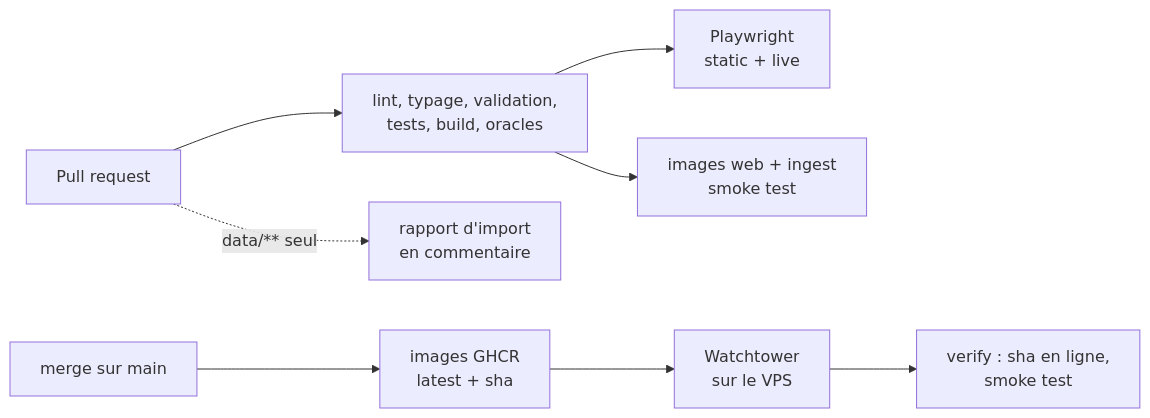
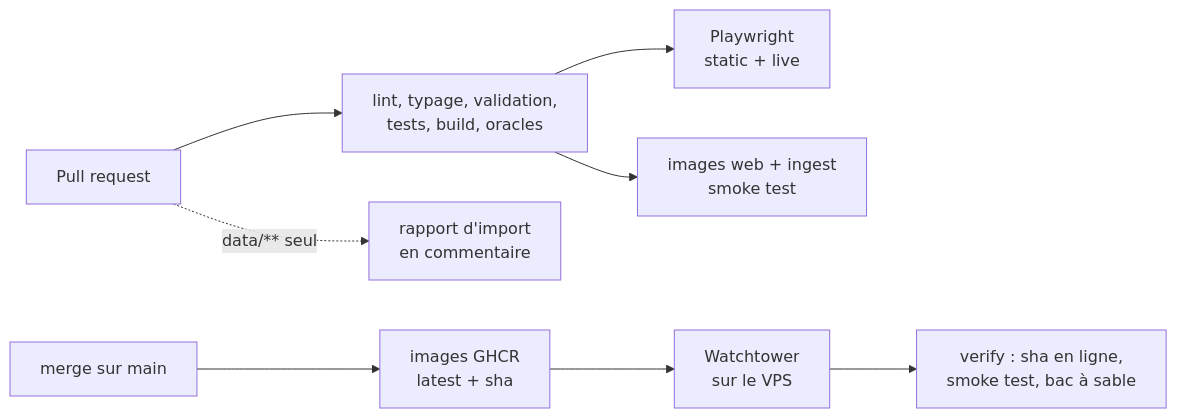
The second of 2 diagrams in README.md (eyjvw/mybestsim), drawn with Mermaid before and after one commit. The commit also changed other lines of this file and 12 other files, not shown here.

First line of the commit message:
docs: refresh README, roadmap and screenshots (#27)

````diff
--- a/README.md
+++ b/README.md
@@ -244,9 +259,9 @@
 ```mermaid
 flowchart LR
   pr["Pull request"] --> check["lint, typage, validation,<br/>tests, build, oracles"]
   check --> e2e["Playwright<br/>static + live"]
   check --> ctr["images web + ingest<br/>smoke test"]
   pr -. "data/** seul" .-> report["rapport d'import<br/>en commentaire"]
   main["merge sur main"] --> img["images GHCR<br/>latest + sha"]
-  img --> wt["Watchtower<br/>sur le VPS"] --> verify["verify : sha en ligne,<br/>smoke test"]
+  img --> wt["Watchtower<br/>sur le VPS"] --> verify["verify : sha en ligne,<br/>smoke test, bac à sable"]
 ```
````
